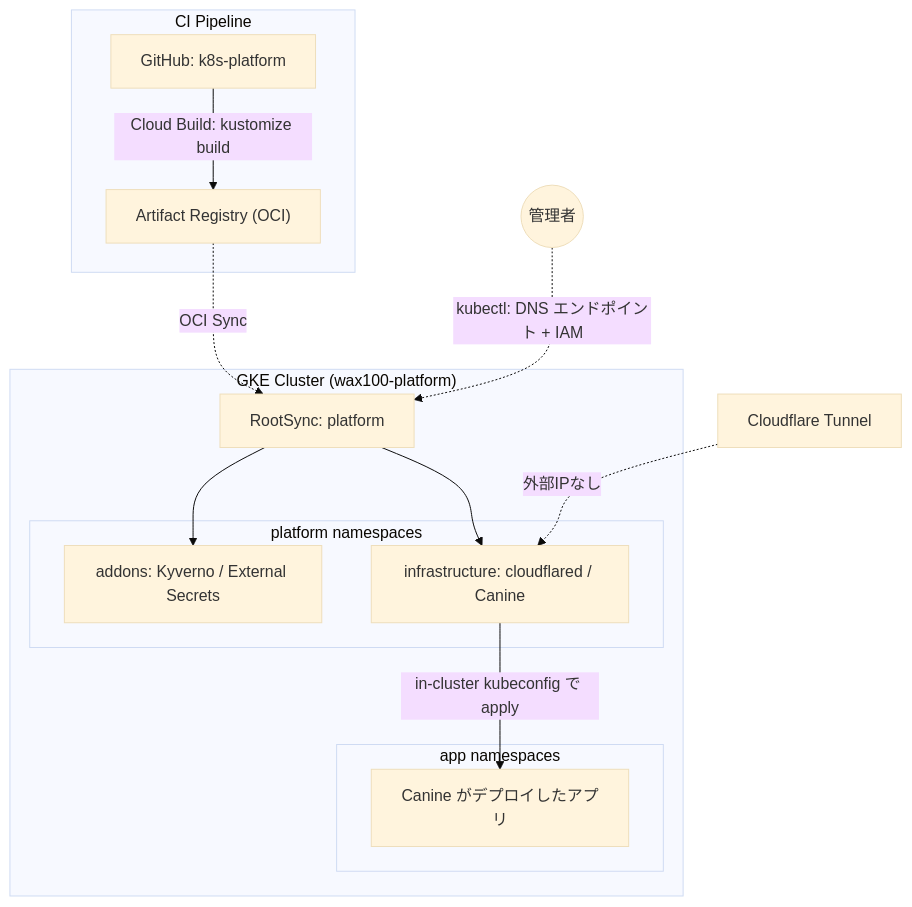
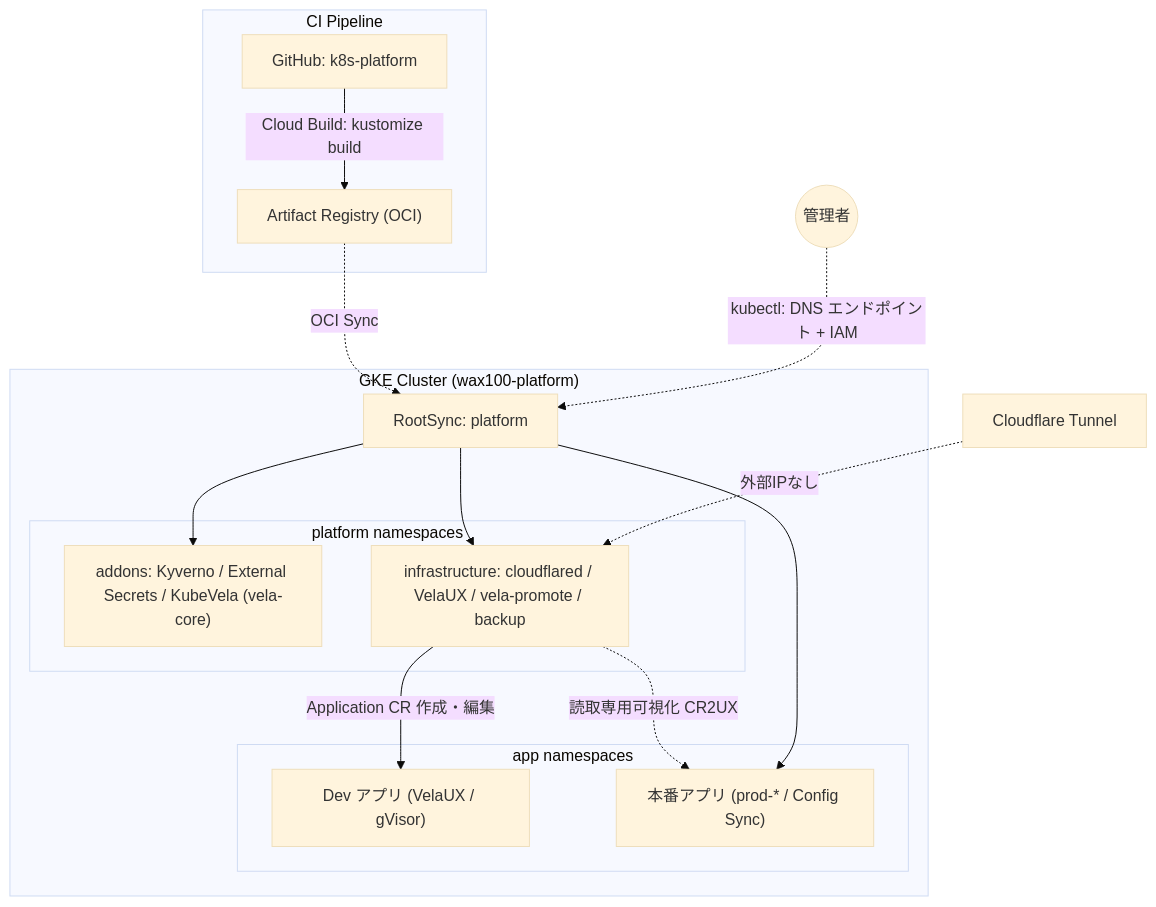
One commit to waxsd100/k8s-platform changed the diagram in docs/ARCHITECTURE.md. Above: the diagram before and after it, drawn with Mermaid (base theme). The commit also changed other lines of this file and 177 other files, not shown here.

````diff
--- a/docs/ARCHITECTURE.md
+++ b/docs/ARCHITECTURE.md
@@ -49,27 +47,30 @@
 ```mermaid
 graph TD
     subgraph "CI Pipeline"
         Git[GitHub: k8s-platform] -->|Cloud Build: kustomize build| AR["Artifact Registry (OCI)"]
     end
 
     subgraph "GKE Cluster (wax100-platform)"
         RootPlatform[RootSync: platform]
 
         subgraph "platform namespaces"
-            Addons["addons: Kyverno / External Secrets"]
-            Infra["infrastructure: cloudflared / Canine"]
+            Addons["addons: Kyverno / External Secrets / KubeVela (vela-core)"]
+            Infra["infrastructure: cloudflared / VelaUX / vela-promote / backup"]
         end
 
         subgraph "app namespaces"
-            Apps["Canine がデプロイしたアプリ"]
+            Dev["Dev アプリ (VelaUX / gVisor)"]
+            Prod["本番アプリ (prod-* / Config Sync)"]
         end
 
         RootPlatform --> Addons
         RootPlatform --> Infra
-        Infra -->|in-cluster kubeconfig で apply| Apps
+        RootPlatform --> Prod
+        Infra -->|Application CR 作成・編集| Dev
+        Infra -.->|読取専用可視化 CR2UX| Prod
     end
 
     AR -.->|OCI Sync| RootPlatform
     CF[Cloudflare Tunnel] -.->|外部IPなし| Infra
     ADMIN((管理者)) -.->|kubectl: DNS エンドポイント + IAM| RootPlatform
 ```
````
